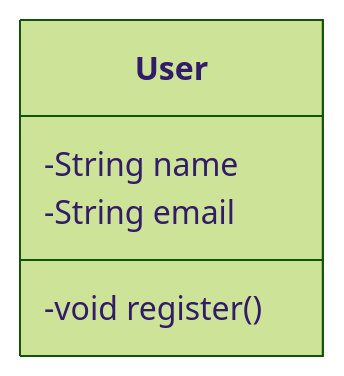
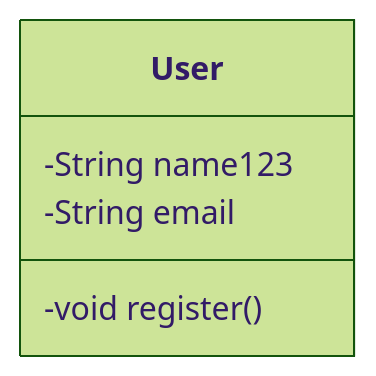
One commit to vladkrasn/MSA-AgroTech changed the diagram in Task1/Solution1/C1.md. Above: the diagram before and after it, drawn with Mermaid (forest theme). The commit also changed 5 other files, not shown here.

````diff
--- a/Task1/Solution1/C1.md
+++ b/Task1/Solution1/C1.md
@@ -3,8 +3,8 @@
 ```mermaid
 classDiagram
 class User {
-  -String name
+  -String name123
   -String email
   -void register()
 }
 ```
````
